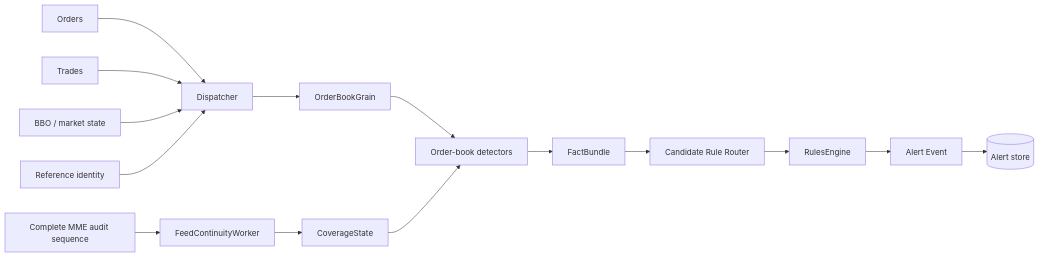
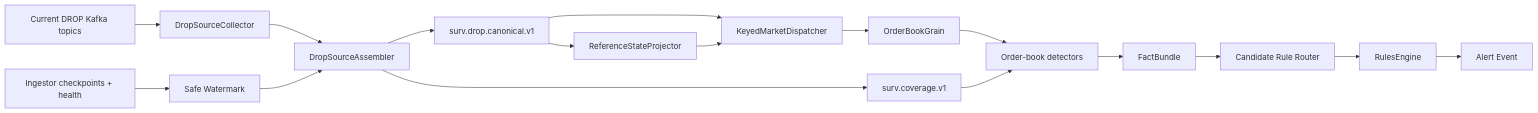
The diagram in Market-Surveillance-Full-Plan-Doc-Refrence/Architecture/Implementation-Start/04 - First Vertical Slice.md (adnanelhabashy/surveillance-knowledge-base), drawn with Mermaid before and after one commit. The commit also changed other lines of this file, not shown here.

Commit message:
Align first vertical slice with source assembly and full event model

````diff
--- a/Market-Surveillance-Full-Plan-Doc-Refrence/Architecture/Implementation-Start/04 - First Vertical Slice.md
+++ b/Market-Surveillance-Full-Plan-Doc-Refrence/Architecture/Implementation-Start/04 - First Vertical Slice.md
@@ -32,19 +30,22 @@
 ```mermaid
 flowchart LR
-    A[Complete MME audit sequence] --> F[FeedContinuityWorker]
-    F --> C[CoverageState]
+    K[Current DROP Kafka topics] --> COL[DropSourceCollector]
+    R[Ingestor checkpoints + health] --> WM[Safe Watermark]
+    COL --> ASM[DropSourceAssembler]
+    WM --> ASM
 
-    O[Orders] --> D[Dispatcher]
-    T[Trades] --> D
-    B[BBO / market state] --> D
-    R[Reference identity] --> D
+    ASM --> C[surv.drop.canonical.v1]
+    ASM --> CV[surv.coverage.v1]
+
+    C --> REF[ReferenceStateProjector]
+    C --> D[KeyedMarketDispatcher]
+    REF --> D
 
     D --> G[OrderBookGrain]
     G --> X[Order-book detectors]
-    C --> X
+    CV --> X
     X --> FB[FactBundle]
     FB --> RR[Candidate Rule Router]
     RR --> RE[RulesEngine]
     RE --> AL[Alert Event]
-    AL --> DB[(Alert store)]
 ```
````
